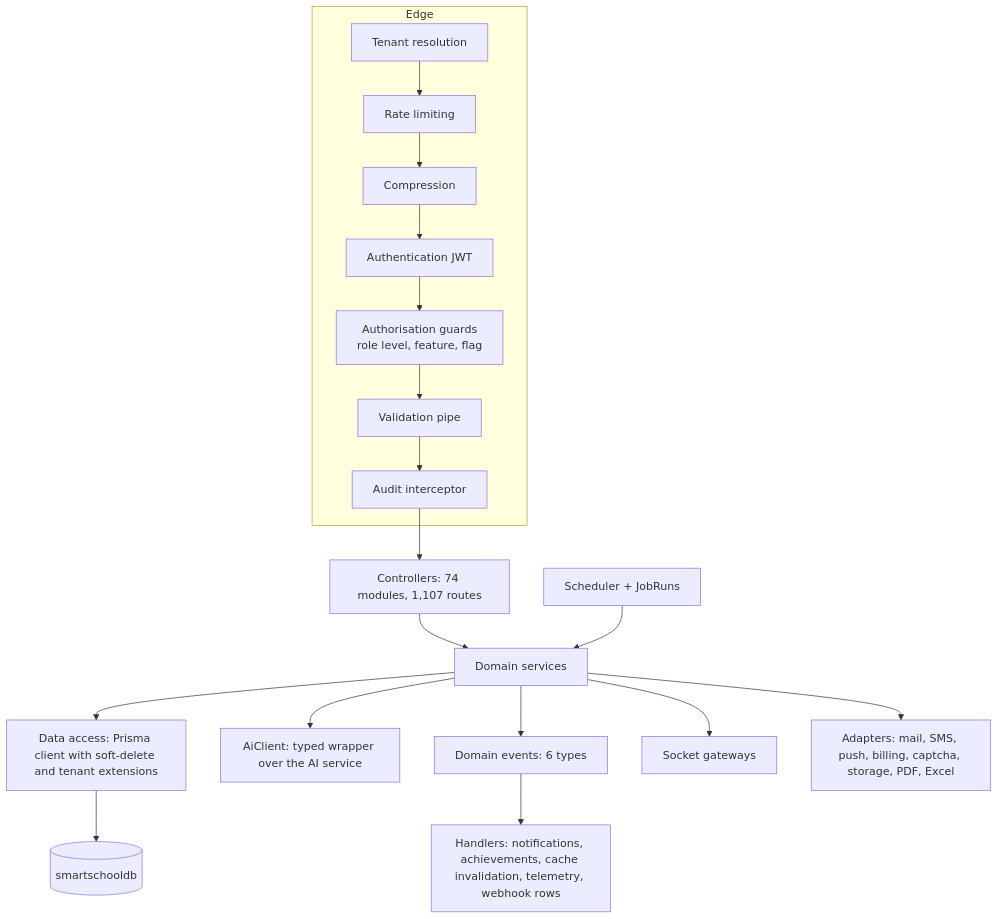
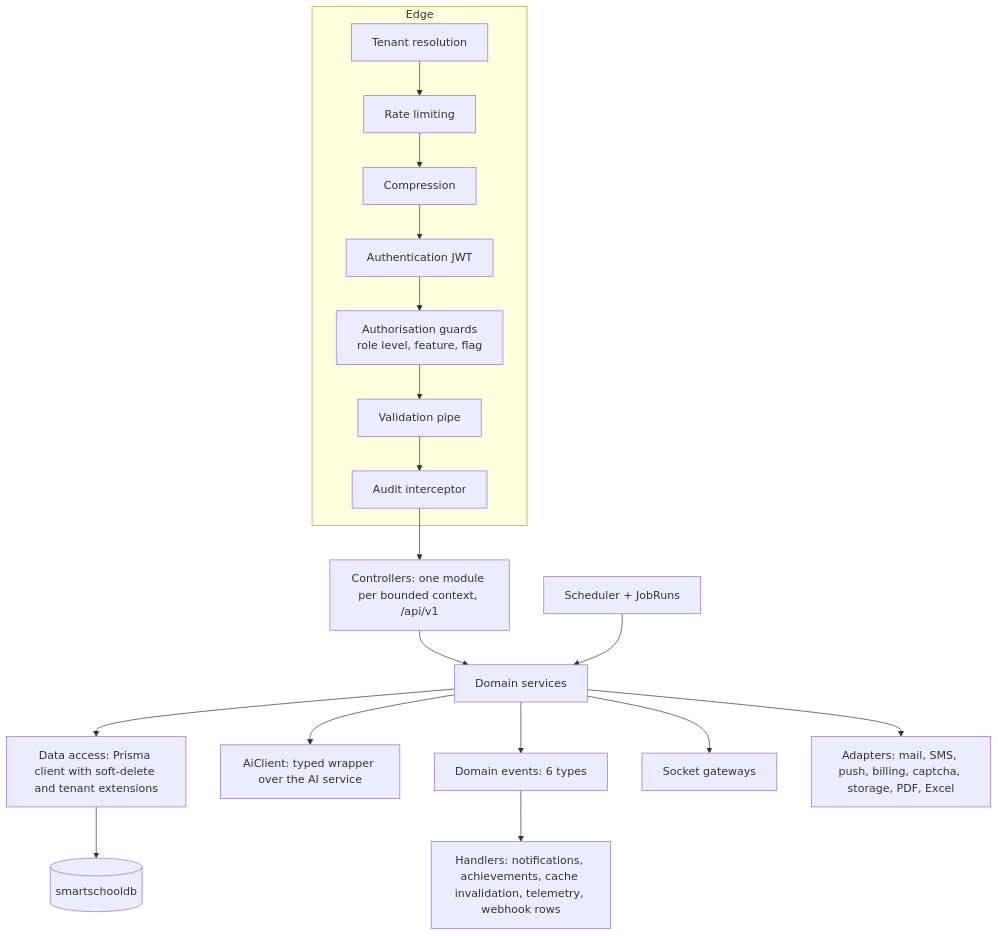
The third of 9 diagrams in docs/01-SYSTEM-ARCHITECTURE.md (AG1L1TYx7/MySchool), drawn with Mermaid before and after one commit. The commit also changed other lines of this file and 15 other files, not shown here.

````diff
--- a/docs/01-SYSTEM-ARCHITECTURE.md
+++ b/docs/01-SYSTEM-ARCHITECTURE.md
@@ -112,16 +112,16 @@
 ```mermaid
 flowchart TB
   subgraph Edge
     MW1[Tenant resolution] --> MW2[Rate limiting] --> MW3[Compression] --> MW4[Authentication JWT] --> MW5[Authorisation guards<br/>role level, feature, flag] --> MW6[Validation pipe] --> MW7[Audit interceptor]
   end
-  MW7 --> CTRL[Controllers: 74 modules, 1,107 routes]
+  MW7 --> CTRL[Controllers: one module per bounded context, /api/v1]
   CTRL --> SVC[Domain services]
   SVC --> REPO[Data access: Prisma client with soft-delete and tenant extensions]
   REPO --> DB[(smartschooldb)]
   SVC --> AIC[AiClient: typed wrapper over the AI service]
   SVC --> EVT[Domain events: 6 types]
   EVT --> HND[Handlers: notifications, achievements, cache invalidation, telemetry, webhook rows]
   SVC --> GW[Socket gateways]
   SVC --> ADP[Adapters: mail, SMS, push, billing, captcha, storage, PDF, Excel]
   SCHED[Scheduler + JobRuns] --> SVC
 ```
````
